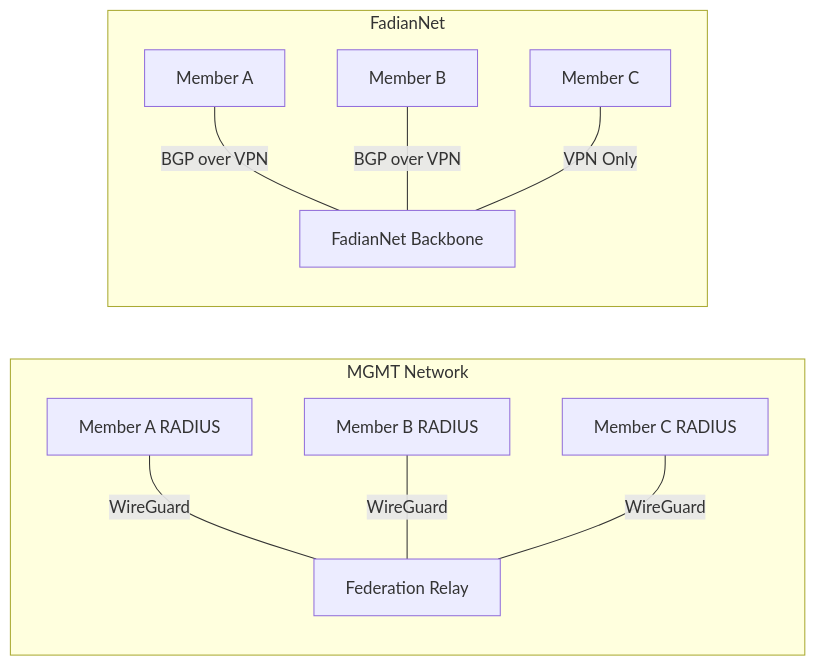
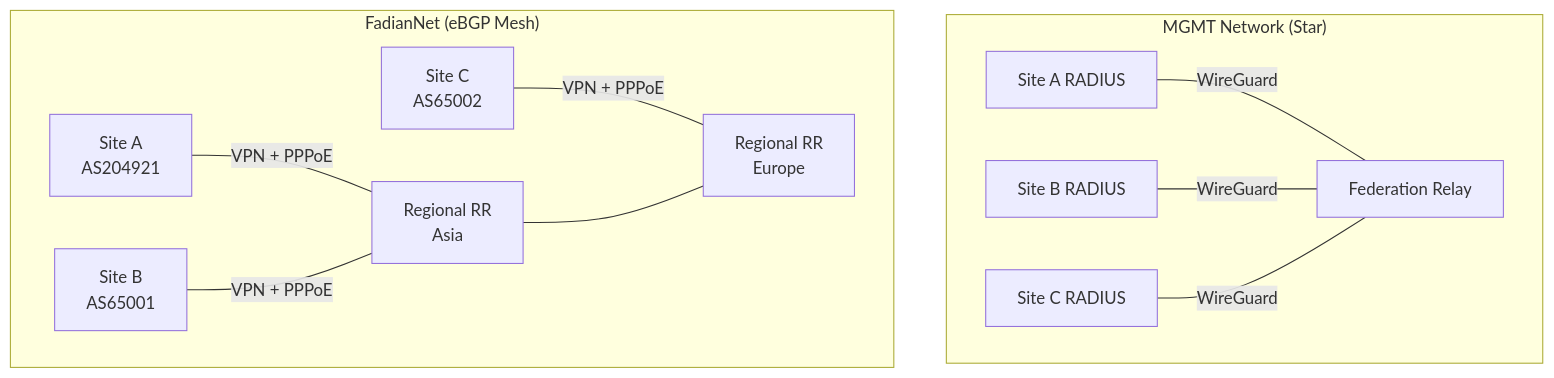
The diagram in docs/architecture/network.md (FadianRoam/fadianroam-blueprint), drawn with Mermaid before and after one commit. The commit also changed other lines of this file and 1 other file, not shown here.

First line of the commit message:
Redesign architecture: add PPPoE access layer and eBGP /32 routing

````diff
--- a/docs/architecture/network.md
+++ b/docs/architecture/network.md
@@ -7,14 +7,15 @@
 ```mermaid
-graph LR
-    subgraph "MGMT Network"
-        R_A[Member A RADIUS] --- |WireGuard| RELAY[Federation Relay]
-        R_B[Member B RADIUS] --- |WireGuard| RELAY
-        R_C[Member C RADIUS] --- |WireGuard| RELAY
+graph TB
+    subgraph "MGMT Network (Star)"
+        R_A[Site A RADIUS] ---|WireGuard| RELAY[Federation Relay]
+        R_B[Site B RADIUS] ---|WireGuard| RELAY
+        R_C[Site C RADIUS] ---|WireGuard| RELAY
     end
-    
-    subgraph "FadianNet"
-        F_A[Member A] --- |BGP over VPN| BACKBONE[FadianNet Backbone]
-        F_B[Member B] --- |BGP over VPN| BACKBONE
-        F_C[Member C] --- |VPN Only| BACKBONE
+
+    subgraph "FadianNet (eBGP Mesh)"
+        F_A[Site A<br/>AS204921] ---|VPN + PPPoE| RR1[Regional RR<br/>Asia]
+        F_B[Site B<br/>AS65001] ---|VPN + PPPoE| RR1
+        F_C[Site C<br/>AS65002] ---|VPN + PPPoE| RR2[Regional RR<br/>Europe]
+        RR1 --- RR2
     end
 ```
````
